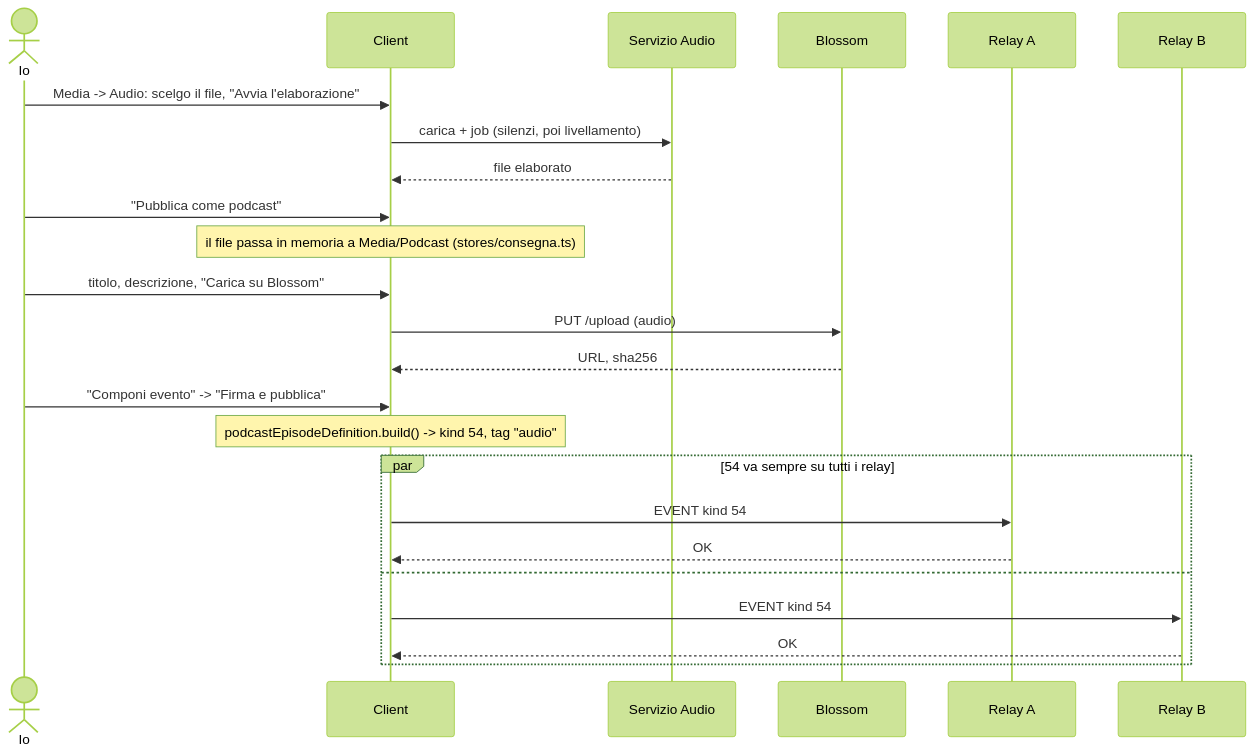
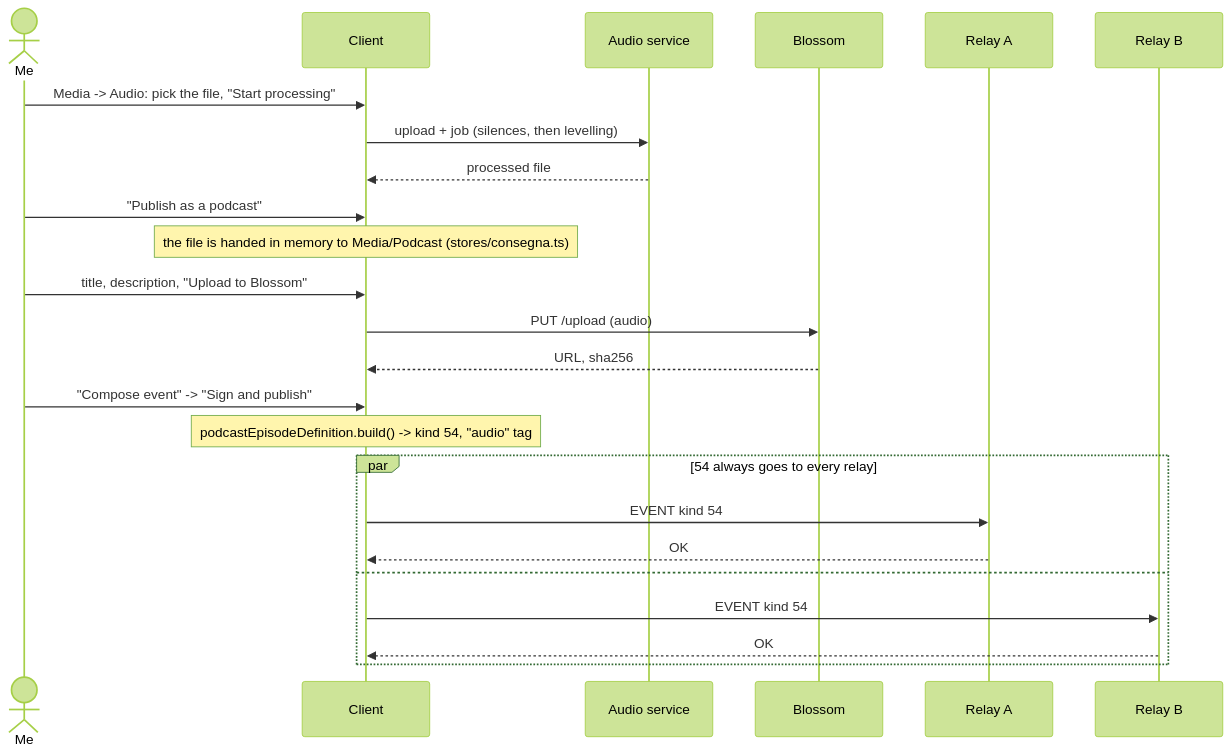
Before and after one commit to Tbc159/NostrMediaClient: the second of 6 diagrams in docs/PODCAST.md, drawn with Mermaid (forest theme). The commit also changed other lines of this file and 8 other files, not shown here.

````diff
--- a/docs/PODCAST.md
+++ b/docs/PODCAST.md
@@ -132,27 +133,27 @@
 ```mermaid
 sequenceDiagram
-    actor Io
+    actor Me
     participant Client
-    participant ServizioAudio as Servizio Audio
+    participant AudioService as Audio service
     participant Blossom
     participant RelayA as Relay A
     participant RelayB as Relay B
 
-    Io->>Client: Media -> Audio: scelgo il file, "Avvia l'elaborazione"
-    Client->>ServizioAudio: carica + job (silenzi, poi livellamento)
-    ServizioAudio-->>Client: file elaborato
-    Io->>Client: "Pubblica come podcast"
-    Note over Client: il file passa in memoria a Media/Podcast (stores/consegna.ts)
-    Io->>Client: titolo, descrizione, "Carica su Blossom"
+    Me->>Client: Media -> Audio: pick the file, "Start processing"
+    Client->>AudioService: upload + job (silences, then levelling)
+    AudioService-->>Client: processed file
+    Me->>Client: "Publish as a podcast"
+    Note over Client: the file is handed in memory to Media/Podcast (stores/consegna.ts)
+    Me->>Client: title, description, "Upload to Blossom"
     Client->>Blossom: PUT /upload (audio)
     Blossom-->>Client: URL, sha256
-    Io->>Client: "Componi evento" -> "Firma e pubblica"
-    Note over Client: podcastEpisodeDefinition.build() -> kind 54, tag "audio"
-    par 54 va sempre su tutti i relay
+    Me->>Client: "Compose event" -> "Sign and publish"
+    Note over Client: podcastEpisodeDefinition.build() -> kind 54, "audio" tag
+    par 54 always goes to every relay
         Client->>RelayA: EVENT kind 54
         RelayA-->>Client: OK
     and
         Client->>RelayB: EVENT kind 54
         RelayB-->>Client: OK
     end
 ```
````
